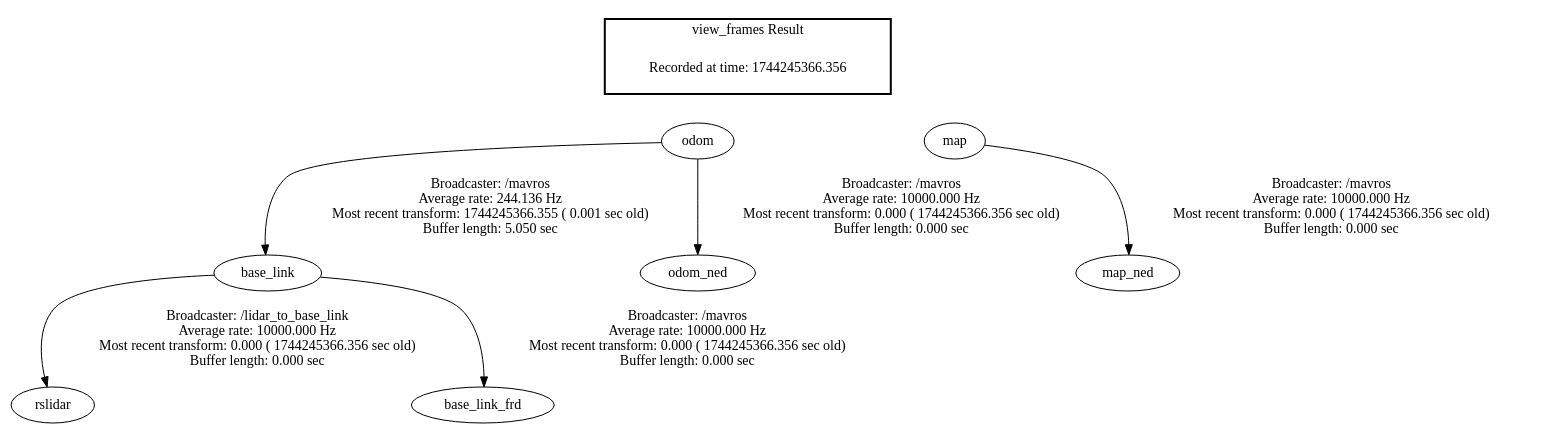
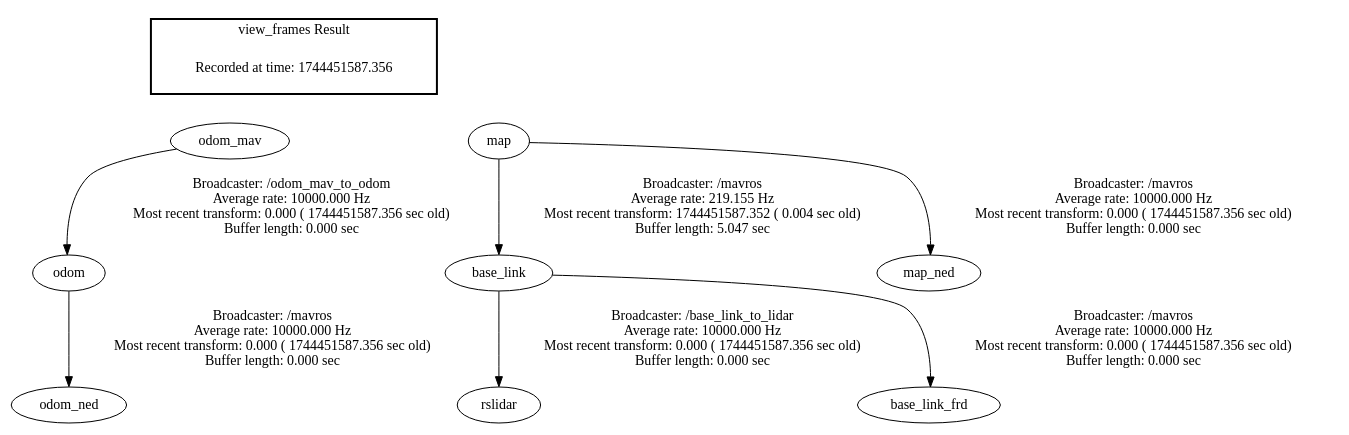
Before and after one commit to deepuav/KM-LIGO: the diagram in frames.gv, drawn with Graphviz. The commit also changed 9 other files, not shown here.

```diff
--- a/frames.gv
+++ b/frames.gv
@@ -1,15 +1,16 @@
 digraph G {
-"base_link" -> "rslidar"[label="Broadcaster: /lidar_to_base_link\nAverage rate: 10000.000 Hz\nMost recent transform: 0.000 ( 1744245366.356 sec old)\nBuffer length: 0.000 sec\n"];
-"odom" -> "base_link"[label="Broadcaster: /mavros\nAverage rate: 244.136 Hz\nMost recent transform: 1744245366.355 ( 0.001 sec old)\nBuffer length: 5.050 sec\n"];
-"map" -> "map_ned"[label="Broadcaster: /mavros\nAverage rate: 10000.000 Hz\nMost recent transform: 0.000 ( 1744245366.356 sec old)\nBuffer length: 0.000 sec\n"];
-"odom" -> "odom_ned"[label="Broadcaster: /mavros\nAverage rate: 10000.000 Hz\nMost recent transform: 0.000 ( 1744245366.356 sec old)\nBuffer length: 0.000 sec\n"];
-"base_link" -> "base_link_frd"[label="Broadcaster: /mavros\nAverage rate: 10000.000 Hz\nMost recent transform: 0.000 ( 1744245366.356 sec old)\nBuffer length: 0.000 sec\n"];
+"odom_mav" -> "odom"[label="Broadcaster: /odom_mav_to_odom\nAverage rate: 10000.000 Hz\nMost recent transform: 0.000 ( 1744451587.356 sec old)\nBuffer length: 0.000 sec\n"];
+"base_link" -> "rslidar"[label="Broadcaster: /base_link_to_lidar\nAverage rate: 10000.000 Hz\nMost recent transform: 0.000 ( 1744451587.356 sec old)\nBuffer length: 0.000 sec\n"];
+"map" -> "base_link"[label="Broadcaster: /mavros\nAverage rate: 219.155 Hz\nMost recent transform: 1744451587.352 ( 0.004 sec old)\nBuffer length: 5.047 sec\n"];
+"map" -> "map_ned"[label="Broadcaster: /mavros\nAverage rate: 10000.000 Hz\nMost recent transform: 0.000 ( 1744451587.356 sec old)\nBuffer length: 0.000 sec\n"];
+"odom" -> "odom_ned"[label="Broadcaster: /mavros\nAverage rate: 10000.000 Hz\nMost recent transform: 0.000 ( 1744451587.356 sec old)\nBuffer length: 0.000 sec\n"];
+"base_link" -> "base_link_frd"[label="Broadcaster: /mavros\nAverage rate: 10000.000 Hz\nMost recent transform: 0.000 ( 1744451587.356 sec old)\nBuffer length: 0.000 sec\n"];
 edge [style=invis];
  subgraph cluster_legend { style=bold; color=black; label ="view_frames Result";
-"Recorded at time: 1744245366.356"[ shape=plaintext ] ;
- }->"map";
+"Recorded at time: 1744451587.356"[ shape=plaintext ] ;
+ }->"odom_mav";
 edge [style=invis];
  subgraph cluster_legend { style=bold; color=black; label ="view_frames Result";
-"Recorded at time: 1744245366.356"[ shape=plaintext ] ;
- }->"odom";
+"Recorded at time: 1744451587.356"[ shape=plaintext ] ;
+ }->"map";
 }
```
